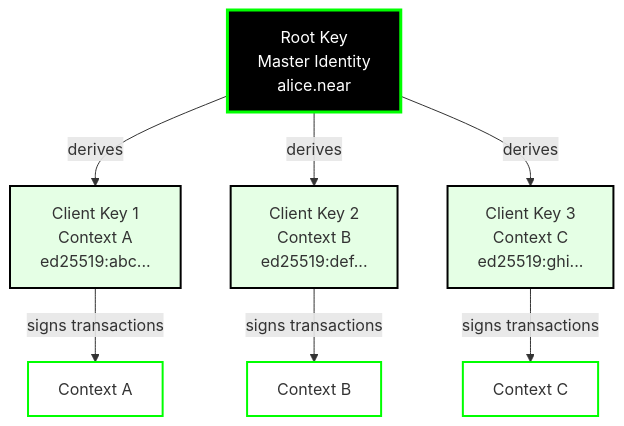
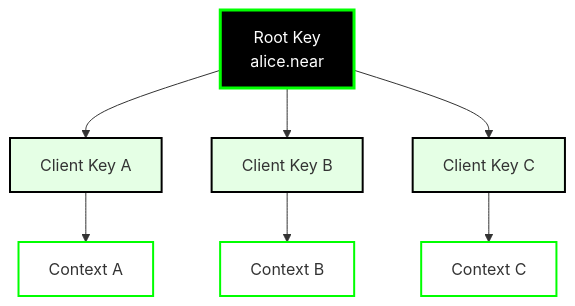
One commit to calimero-network/docs changed the diagram in docs/core-concepts/identity.md. Above: the diagram before and after it, drawn with Mermaid. The commit also changed 5 other files, not shown here.

First line of the commit message:
fix: Fix Mermaid graph syntax errors and improve readability

````diff
--- a/docs/core-concepts/identity.md
+++ b/docs/core-concepts/identity.md
@@ -9,23 +9,18 @@
 ```mermaid
-graph TD
-    ROOT[Root Key<br/>Master Identity<br/>alice.near]
-    CLIENT1[Client Key 1<br/>Context A<br/>ed25519:abc...]
-    CLIENT2[Client Key 2<br/>Context B<br/>ed25519:def...]
-    CLIENT3[Client Key 3<br/>Context C<br/>ed25519:ghi...]
+flowchart TD
+    ROOT[Root Key<br/>alice.near] --> CLIENT1[Client Key A]
+    ROOT --> CLIENT2[Client Key B]
+    ROOT --> CLIENT3[Client Key C]
     
-    ROOT -->|derives| CLIENT1
-    ROOT -->|derives| CLIENT2
-    ROOT -->|derives| CLIENT3
-    
-    CLIENT1 -->|signs transactions| CTX1[Context A]
-    CLIENT2 -->|signs transactions| CTX2[Context B]
-    CLIENT3 -->|signs transactions| CTX3[Context C]
+    CLIENT1 --> CTX1[Context A]
+    CLIENT2 --> CTX2[Context B]
+    CLIENT3 --> CTX3[Context C]
     
     style ROOT fill:#000000,stroke:#00ff00,stroke-width:3px,color:#ffffff
     style CLIENT1 fill:#e5ffe5,stroke:#000000,stroke-width:2px
     style CLIENT2 fill:#e5ffe5,stroke:#000000,stroke-width:2px
     style CLIENT3 fill:#e5ffe5,stroke:#000000,stroke-width:2px
     style CTX1 fill:#ffffff,stroke:#00ff00,stroke-width:2px
     style CTX2 fill:#ffffff,stroke:#00ff00,stroke-width:2px
     style CTX3 fill:#ffffff,stroke:#00ff00,stroke-width:2px
 ```
````
